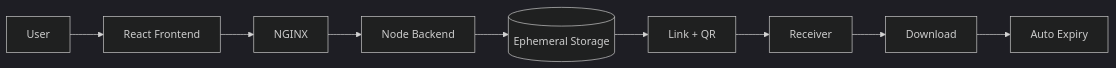
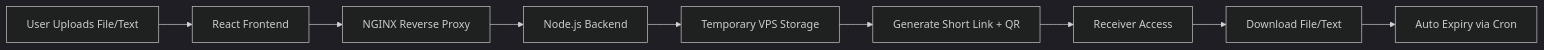
The diagram in README.md (AtulYadavCodes/Bytesend), drawn with Mermaid (dark theme) before and after one commit. The commit also changed other lines of this file, not shown here.

Commit message:
readme updated mermaid diagrams

````diff
--- a/README.md
+++ b/README.md
@@ -42,11 +20,11 @@
 ```mermaid
 flowchart LR
-    U[User] --> FE[React Frontend]
-    FE --> NX[NGINX]
-    NX --> BE[Node Backend]
-    BE --> ST[(Ephemeral Storage)]
-    ST --> QR[Link + QR]
-    QR --> R[Receiver]
-    R --> DL[Download]
-    DL --> EX[Auto Expiry]
+    A[User Uploads File/Text] --> B[React Frontend]
+    B --> C[NGINX Reverse Proxy]
+    C --> D[Node.js Backend]
+    D --> E[Temporary VPS Storage]
+    E --> F[Generate Short Link + QR]
+    F --> G[Receiver Access]
+    G --> H[Download File/Text]
+    H --> I[Auto Expiry via Cron]
 ```
````
